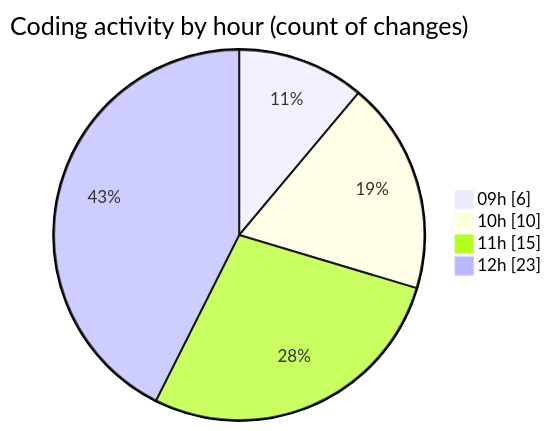
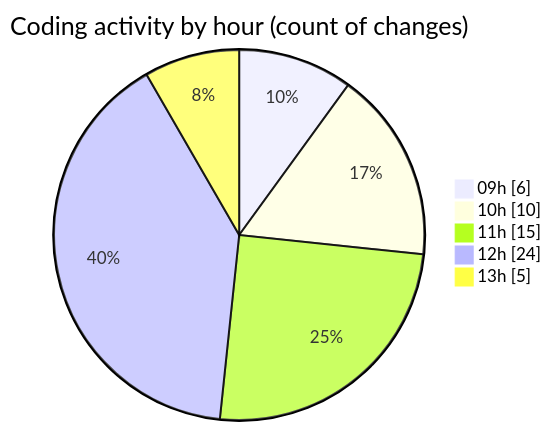
Before and after one commit to momahboobian/code-tracking: the second of 2 diagrams in 2025-06-04/cda/README.md, drawn with Mermaid. The commit also changed other lines of this file and 1 other file, not shown here.

````diff
--- a/2025-06-04/cda/README.md
+++ b/2025-06-04/cda/README.md
@@ -31,8 +31,9 @@
 ```mermaid
 pie showData
 title Coding activity by hour (count of changes)
 "09h" : 6
 "10h" : 10
 "11h" : 15
-"12h" : 23
+"12h" : 24
+"13h" : 5
 ```
````
